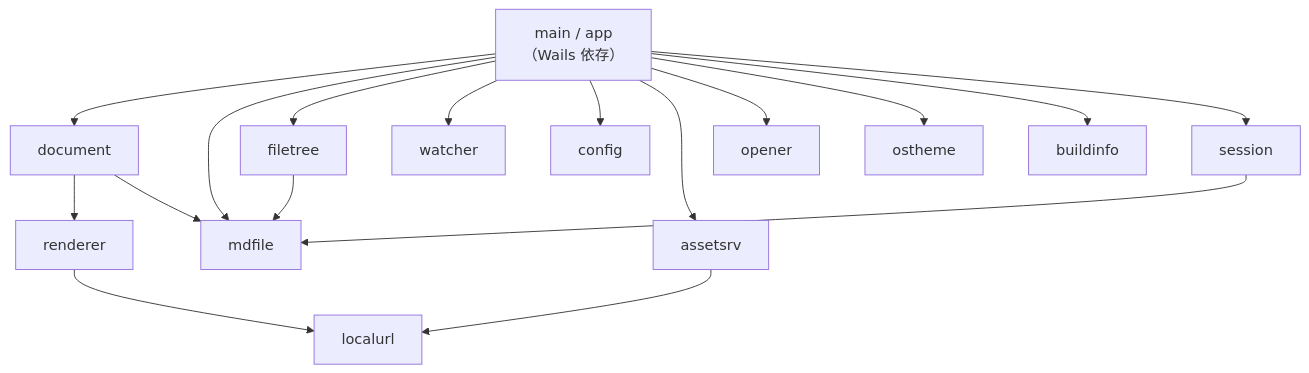
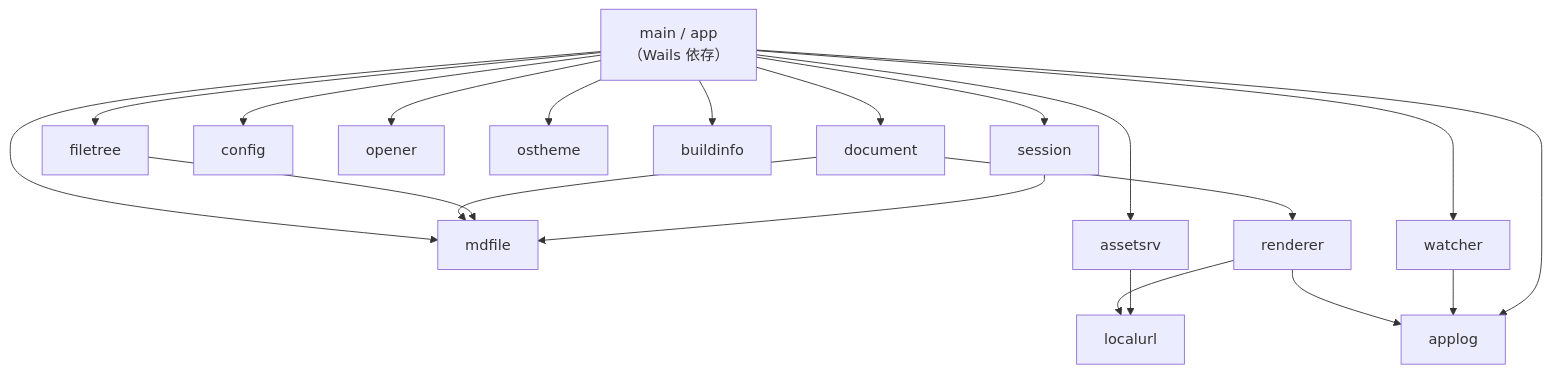
One commit to kznagamori/go_MarkView changed the diagram in docs/specs/10-impl-overview.md. Above: the diagram before and after it, drawn with Mermaid. The commit also changed other lines of this file and 19 other files, not shown here.

````diff
--- a/docs/specs/10-impl-overview.md
+++ b/docs/specs/10-impl-overview.md
@@ -125,19 +128,22 @@
 ```mermaid
 flowchart TD
     MAIN["main / app<br/>（Wails 依存）"] --> DOC["document"]
     MAIN --> MDF["mdfile"]
     MAIN --> TREE["filetree"]
     MAIN --> WATCH["watcher"]
     MAIN --> CFG["config"]
     MAIN --> ASSET["assetsrv"]
     MAIN --> OPEN["opener"]
     MAIN --> OSTH["ostheme"]
     MAIN --> BI["buildinfo"]
     MAIN --> SESS["session"]
     DOC --> REND["renderer"]
     DOC --> MDF
     TREE --> MDF
     SESS --> MDF
     REND --> LURL["localurl"]
     ASSET --> LURL
+    REND --> ALOG["applog"]
+    WATCH --> ALOG
+    MAIN --> ALOG
 ```
````
